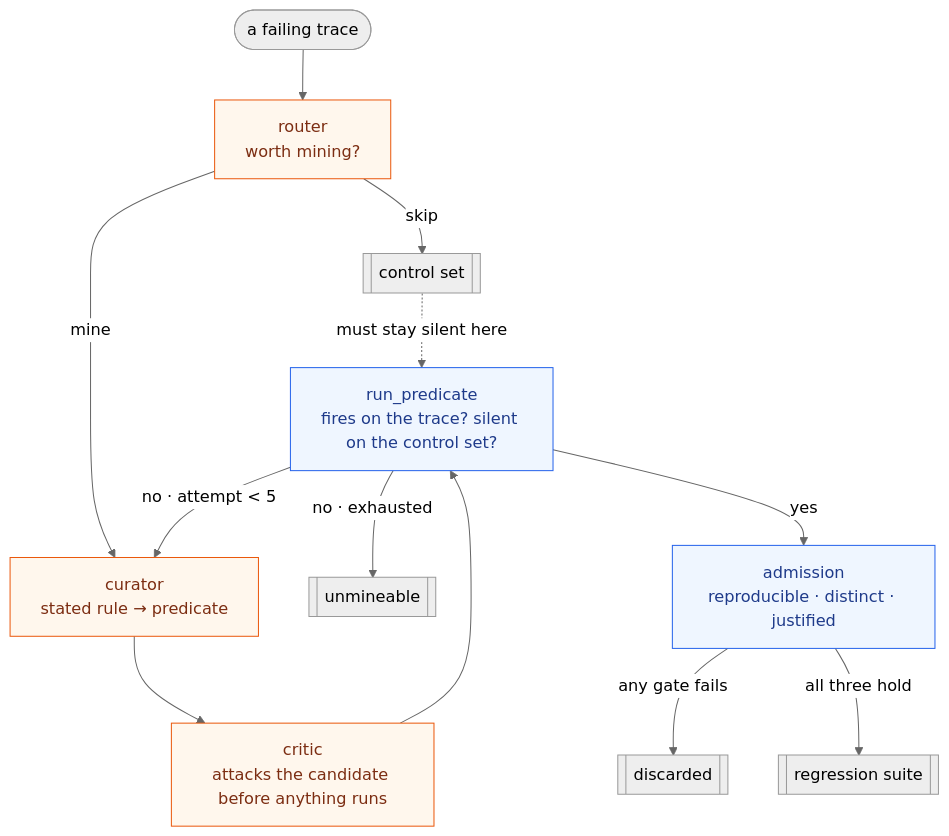
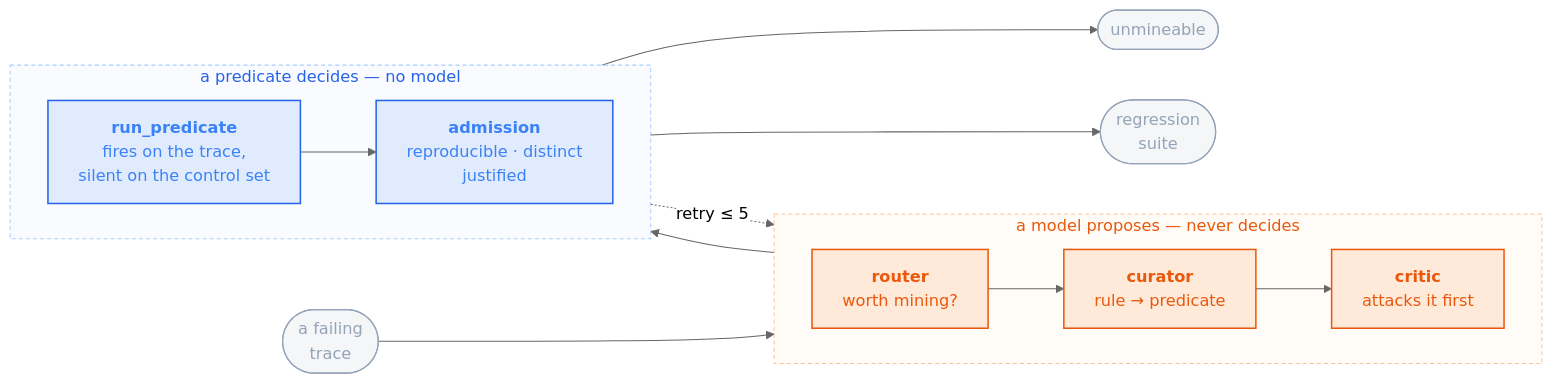
The diagram in README.md (sandeepyadav1478/touchstone), drawn with Mermaid (neutral theme) before and after one commit. The commit also changed other lines of this file, not shown here.

First paragraph of the commit message:
Redraw the README flowchart as a two-zone banner
The previous one was a default-styled top-down graph twelve nodes deep: correct,
tall, and auto-laid-out rather than designed. It read as a dump of the loop
instead of a picture of its structure.

````diff
--- a/README.md
+++ b/README.md
@@ -76,19 +76,29 @@
 ```mermaid
-flowchart TD
-  T(["a failing trace"]) --> R["router<br/>worth mining?"]
-  R -- skip --> C[["control set"]]
-  R -- mine --> CU["curator<br/>stated rule → predicate"]
-  CU --> CR["critic<br/>attacks the candidate before anything runs"]
-  CR --> P["run_predicate<br/>fires on the trace? silent on the control set?"]
-  C -. "must stay silent here" .-> P
-  P -- "no · attempt &lt; 5" --> CU
-  P -- "no · exhausted" --> U[["unmineable"]]
-  P -- yes --> A["admission<br/>reproducible · distinct · justified"]
-  A -- "any gate fails" --> D[["discarded"]]
-  A -- "all three hold" --> S[["regression suite"]]
+flowchart LR
+  T(["a failing<br/>trace"]) --> R
 
-  classDef model fill:#fff7ed,stroke:#ea580c,color:#7c2d12
-  classDef mech fill:#eff6ff,stroke:#2563eb,color:#1e3a8a
-  class R,CU,CR model
-  class P,A mech
+  subgraph PROPOSE[" &nbsp; a model proposes — never decides &nbsp; "]
+    direction LR
+    R["<b>router</b><br/>worth mining?"] --> CU["<b>curator</b><br/>rule → predicate"] --> CR["<b>critic</b><br/>attacks it first"]
+  end
+
+  CR --> RP
+
+  subgraph DECIDE[" &nbsp; a predicate decides — no model &nbsp; "]
+    direction LR
+    RP["<b>run_predicate</b><br/>fires on the trace,<br/>silent on the control set"] --> AD["<b>admission</b><br/>reproducible · distinct<br/>justified"]
+  end
+
+  RP -. "retry ≤ 5" .-> CU
+  RP --> U(["unmineable"])
+  AD --> S(["regression<br/>suite"])
+
+  classDef m fill:#f9731622,stroke:#ea580c,stroke-width:1.5px,color:#ea580c
+  classDef d fill:#3b82f622,stroke:#2563eb,stroke-width:1.5px,color:#3b82f6
+  classDef io fill:#94a3b81a,stroke:#94a3b8,stroke-width:1.2px,color:#94a3b8
+  class R,CU,CR m
+  class RP,AD d
+  class T,S,U io
+  style PROPOSE fill:#f9731608,stroke:#fb923c88,stroke-dasharray:4 3,color:#ea580c
+  style DECIDE fill:#3b82f608,stroke:#60a5fa88,stroke-dasharray:4 3,color:#2563eb
 ```
````
